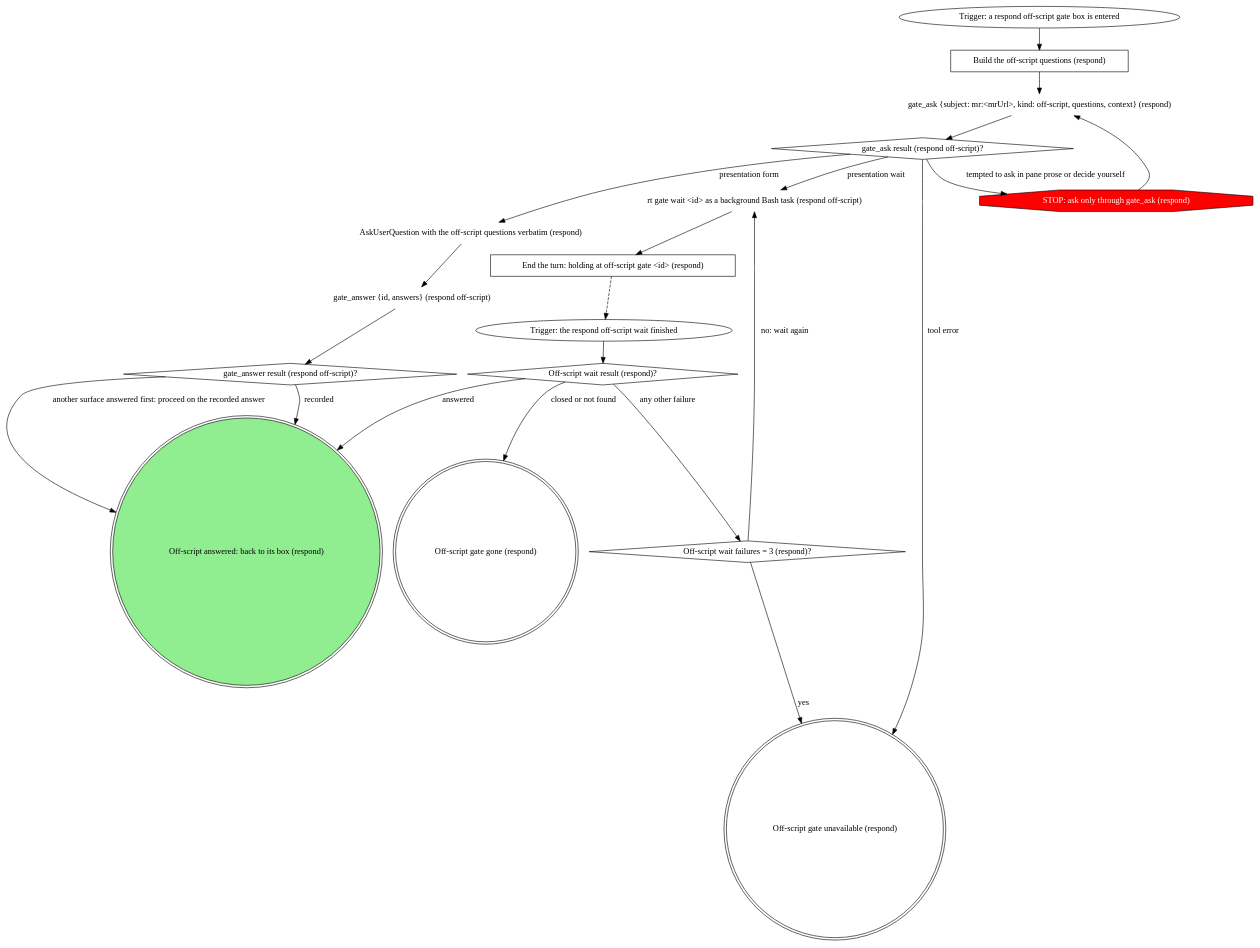
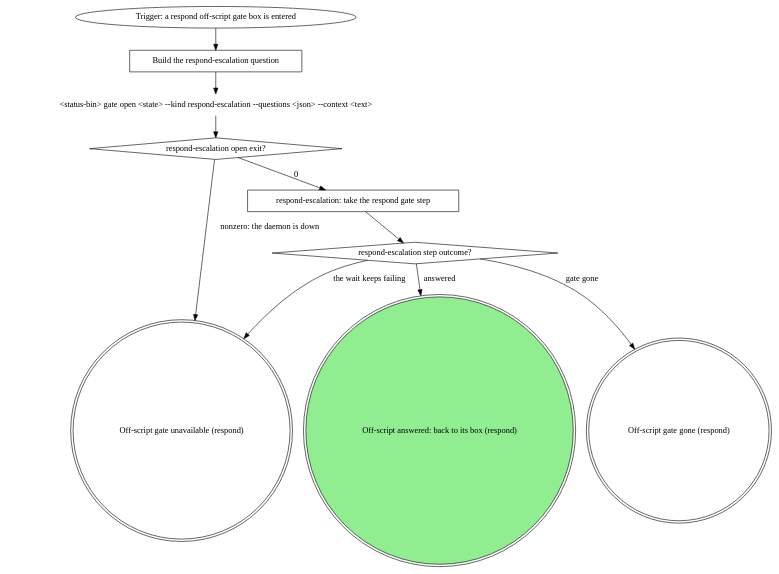
Before and after one commit to m4ttstack/mattstack: the second of 2 diagrams in apps/board/skills-src/respond/SKILL.md, drawn with Graphviz. The commit also changed other lines of this file and 9 other files, not shown here.

Commit message:
board:respond: escalations park and resume; Gate 2 picks recorded

````diff
--- a/apps/board/skills-src/respond/SKILL.md
+++ b/apps/board/skills-src/respond/SKILL.md
@@ -192,43 +213,25 @@
 ```dot
 digraph respond_off_script_step {
     rankdir=TB;
 
     "Trigger: a respond off-script gate box is entered" [shape=ellipse];
-    "Build the off-script questions (respond)" [shape=box];
-    "gate_ask {subject: mr:<mrUrl>, kind: off-script, questions, context} (respond)" [shape=plaintext];
-    "gate_ask result (respond off-script)?" [shape=diamond];
-    "STOP: ask only through gate_ask (respond)" [shape=octagon style=filled fillcolor=red fontcolor=white];
-    "AskUserQuestion with the off-script questions verbatim (respond)" [shape=plaintext];
-    "gate_answer {id, answers} (respond off-script)" [shape=plaintext];
-    "gate_answer result (respond off-script)?" [shape=diamond];
-    "rt gate wait <id> as a background Bash task (respond off-script)" [shape=plaintext];
-    "End the turn: holding at off-script gate <id> (respond)" [shape=box];
-    "Trigger: the respond off-script wait finished" [shape=ellipse];
-    "Off-script wait result (respond)?" [shape=diamond];
-    "Off-script wait failures = 3 (respond)?" [shape=diamond];
+    "Build the respond-escalation question" [shape=box];
+    "<status-bin> gate open <state> --kind respond-escalation --questions <json> --context <text>" [shape=plaintext];
+    "respond-escalation open exit?" [shape=diamond];
+    "respond-escalation: take the respond gate step" [shape=box];
+    "respond-escalation step outcome?" [shape=diamond];
     "Off-script gate gone (respond)" [shape=doublecircle];
     "Off-script gate unavailable (respond)" [shape=doublecircle];
     "Off-script answered: back to its box (respond)" [shape=doublecircle style=filled fillcolor=lightgreen];
 
-    "Trigger: a respond off-script gate box is entered" -> "Build the off-script questions (respond)";
-    "Build the off-script questions (respond)" -> "gate_ask {subject: mr:<mrUrl>, kind: off-script, questions, context} (respond)";
-    "gate_ask {subject: mr:<mrUrl>, kind: off-script, questions, context} (respond)" -> "gate_ask result (respond off-script)?";
-    "gate_ask result (respond off-script)?" -> "AskUserQuestion with the off-script questions verbatim (respond)" [label="presentation form"];
-    "gate_ask result (respond off-script)?" -> "rt gate wait <id> as a background Bash task (respond off-script)" [label="presentation wait"];
-    "gate_ask result (respond off-script)?" -> "Off-script gate unavailable (respond)" [label="tool error"];
-    "gate_ask result (respond off-script)?" -> "STOP: ask only through gate_ask (respond)" [label="tempted to ask in pane prose or decide yourself"];
-    "STOP: ask only through gate_ask (respond)" -> "gate_ask {subject: mr:<mrUrl>, kind: off-script, questions, context} (respond)";
-    "AskUserQuestion with the off-script questions verbatim (respond)" -> "gate_answer {id, answers} (respond off-script)";
-    "gate_answer {id, answers} (respond off-script)" -> "gate_answer result (respond off-script)?";
-    "gate_answer result (respond off-script)?" -> "Off-script answered: back to its box (respond)" [label="recorded"];
-    "gate_answer result (respond off-script)?" -> "Off-script answered: back to its box (respond)" [label="another surface answered first: proceed on the recorded answer"];
-    "rt gate wait <id> as a background Bash task (respond off-script)" -> "End the turn: holding at off-script gate <id> (respond)";
-    "End the turn: holding at off-script gate <id> (respond)" -> "Trigger: the respond off-script wait finished" [style=dashed];
-    "Trigger: the respond off-script wait finished" -> "Off-script wait result (respond)?";
-    "Off-script wait result (respond)?" -> "Off-script answered: back to its box (respond)" [label="answered"];
-    "Off-script wait result (respond)?" -> "Off-script gate gone (respond)" [label="closed or not found"];
-    "Off-script wait result (respond)?" -> "Off-script wait failures = 3 (respond)?" [label="any other failure"];
-    "Off-script wait failures = 3 (respond)?" -> "rt gate wait <id> as a background Bash task (respond off-script)" [label="no: wait again"];
-    "Off-script wait failures = 3 (respond)?" -> "Off-script gate unavailable (respond)" [label="yes"];
+    "Trigger: a respond off-script gate box is entered" -> "Build the respond-escalation question";
+    "Build the respond-escalation question" -> "<status-bin> gate open <state> --kind respond-escalation --questions <json> --context <text>";
+    "<status-bin> gate open <state> --kind respond-escalation --questions <json> --context <text>" -> "respond-escalation open exit?";
+    "respond-escalation open exit?" -> "respond-escalation: take the respond gate step" [label="0"];
+    "respond-escalation open exit?" -> "Off-script gate unavailable (respond)" [label="nonzero: the daemon is down"];
+    "respond-escalation: take the respond gate step" -> "respond-escalation step outcome?";
+    "respond-escalation step outcome?" -> "Off-script answered: back to its box (respond)" [label="answered"];
+    "respond-escalation step outcome?" -> "Off-script gate gone (respond)" [label="gate gone"];
+    "respond-escalation step outcome?" -> "Off-script gate unavailable (respond)" [label="the wait keeps failing"];
 }
 ```
````
